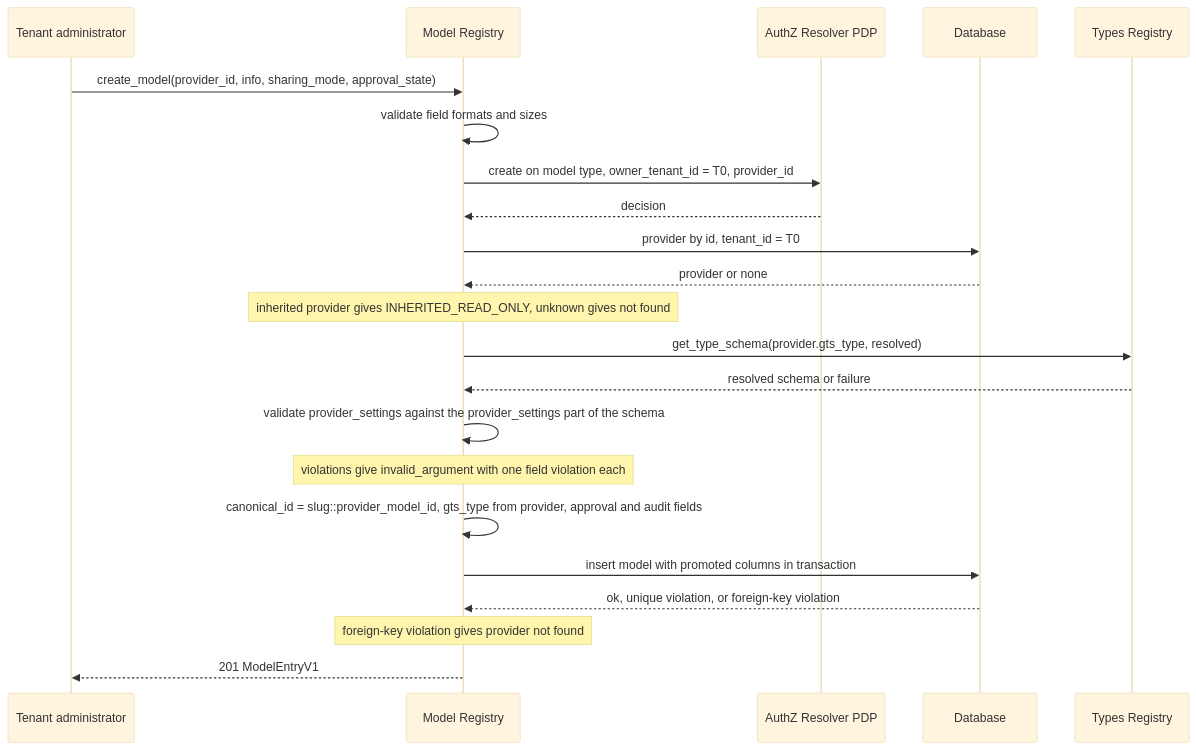
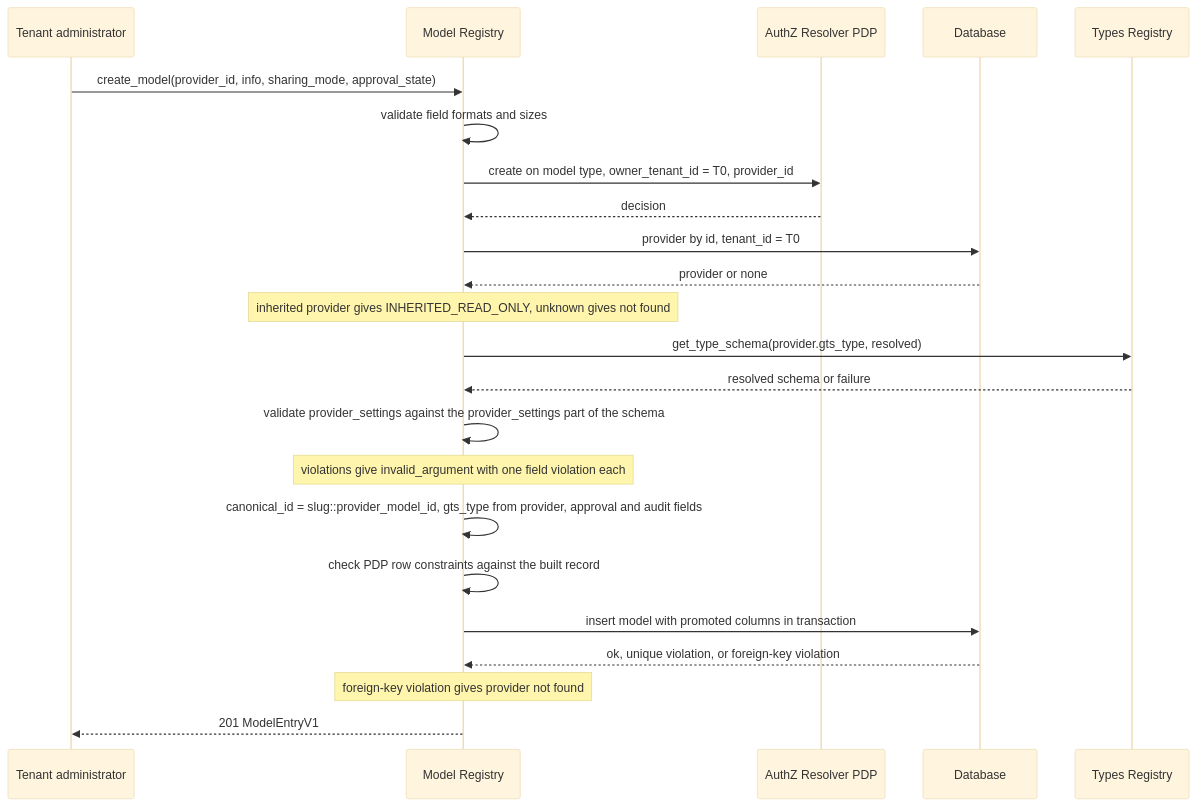
One commit to Qilin101/gears-rust changed the seventh of 9 diagrams in gears/model-registry/docs/DESIGN.md. Above: the diagram before and after it, drawn with Mermaid (base theme). The commit also changed other lines of this file and 1 other file, not shown here.

````diff
--- a/gears/model-registry/docs/DESIGN.md
+++ b/gears/model-registry/docs/DESIGN.md
@@ -1036,25 +1037,26 @@
 ```mermaid
 sequenceDiagram
     participant A as Tenant administrator
     participant MR as Model Registry
     participant PDP as AuthZ Resolver PDP
     participant DB as Database
     participant TY as Types Registry
 
     A->>MR: create_model(provider_id, info, sharing_mode, approval_state)
     MR->>MR: validate field formats and sizes
     MR->>PDP: create on model type, owner_tenant_id = T0, provider_id
     PDP-->>MR: decision
     MR->>DB: provider by id, tenant_id = T0
     DB-->>MR: provider or none
     Note over MR: inherited provider gives INHERITED_READ_ONLY, unknown gives not found
     MR->>TY: get_type_schema(provider.gts_type, resolved)
     TY-->>MR: resolved schema or failure
     MR->>MR: validate provider_settings against the provider_settings part of the schema
     Note over MR: violations give invalid_argument with one field violation each
     MR->>MR: canonical_id = slug::provider_model_id, gts_type from provider, approval and audit fields
+    MR->>MR: check PDP row constraints against the built record
     MR->>DB: insert model with promoted columns in transaction
     DB-->>MR: ok, unique violation, or foreign-key violation
     Note over MR: foreign-key violation gives provider not found
     MR-->>A: 201 ModelEntryV1
 ```
````
